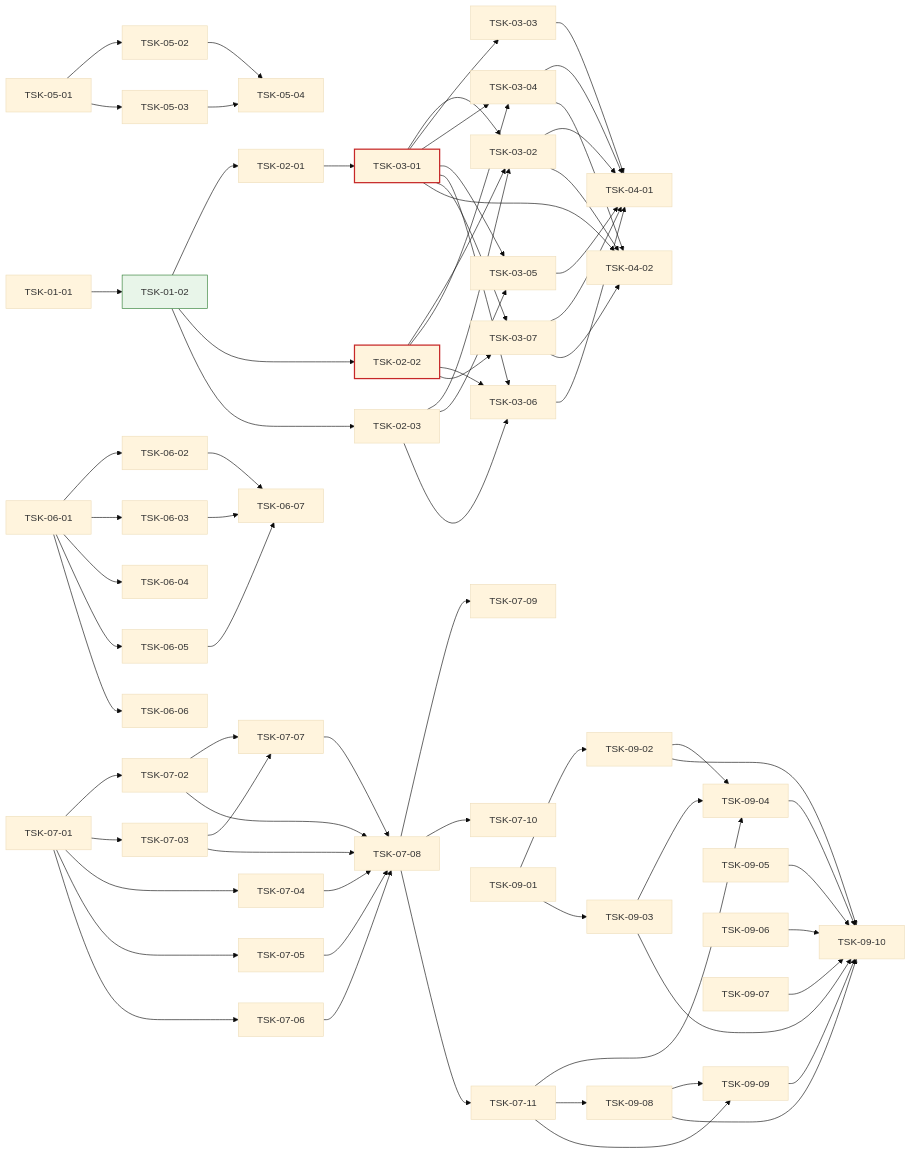
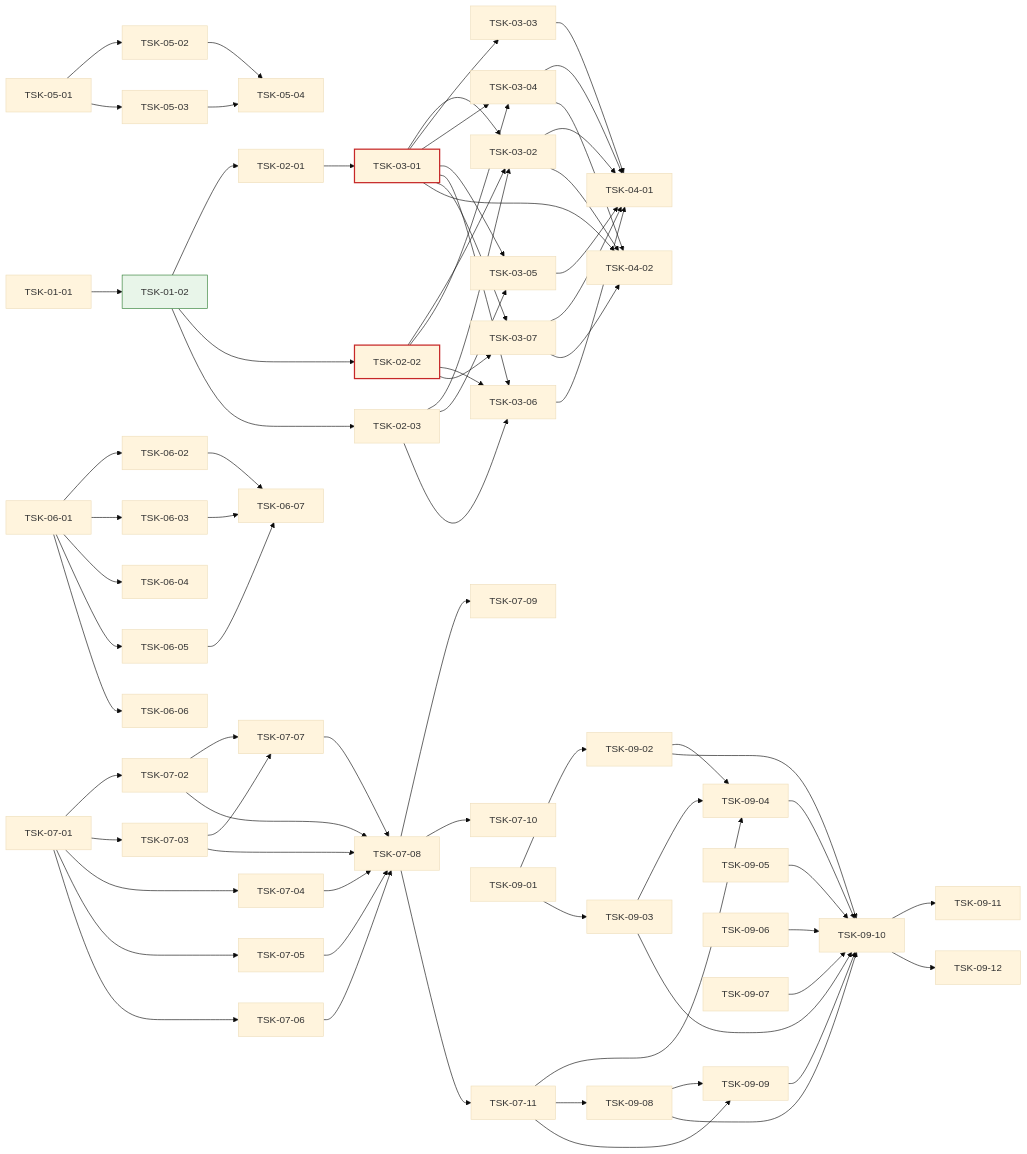
One commit to jongik-sv/oranda changed the diagram in docs/oranda1/wbs.md. Above: the diagram before and after it, drawn with Mermaid (base theme). The commit also changed other lines of this file and 6 other files, not shown here.

````diff
--- a/docs/oranda1/wbs.md
+++ b/docs/oranda1/wbs.md
@@ -738,78 +762,80 @@
 ```mermaid
 graph LR
   TSK-01-01 --> TSK-01-02
   TSK-01-02 --> TSK-02-01
   TSK-01-02 --> TSK-02-02
   TSK-01-02 --> TSK-02-03
   TSK-02-01 --> TSK-03-01
   TSK-03-01 --> TSK-03-02
   TSK-02-02 --> TSK-03-02
   TSK-02-03 --> TSK-03-02
   TSK-03-01 --> TSK-03-03
   TSK-03-01 --> TSK-03-04
   TSK-02-02 --> TSK-03-04
   TSK-03-01 --> TSK-03-05
   TSK-02-03 --> TSK-03-05
   TSK-03-01 --> TSK-03-06
   TSK-02-02 --> TSK-03-06
   TSK-02-03 --> TSK-03-06
   TSK-03-01 --> TSK-03-07
   TSK-02-02 --> TSK-03-07
   TSK-03-02 --> TSK-04-01
   TSK-03-03 --> TSK-04-01
   TSK-03-04 --> TSK-04-01
   TSK-03-05 --> TSK-04-01
   TSK-03-06 --> TSK-04-01
   TSK-03-07 --> TSK-04-01
   TSK-03-01 --> TSK-04-02
   TSK-03-02 --> TSK-04-02
   TSK-03-04 --> TSK-04-02
   TSK-03-07 --> TSK-04-02
   TSK-05-01 --> TSK-05-02
   TSK-05-01 --> TSK-05-03
   TSK-05-02 --> TSK-05-04
   TSK-05-03 --> TSK-05-04
   TSK-06-01 --> TSK-06-02
   TSK-06-01 --> TSK-06-03
   TSK-06-01 --> TSK-06-04
   TSK-06-01 --> TSK-06-05
   TSK-06-01 --> TSK-06-06
   TSK-06-02 --> TSK-06-07
   TSK-06-03 --> TSK-06-07
   TSK-06-05 --> TSK-06-07
   TSK-07-01 --> TSK-07-02
   TSK-07-01 --> TSK-07-03
   TSK-07-01 --> TSK-07-04
   TSK-07-01 --> TSK-07-05
   TSK-07-01 --> TSK-07-06
   TSK-07-02 --> TSK-07-07
   TSK-07-03 --> TSK-07-07
   TSK-07-02 --> TSK-07-08
   TSK-07-03 --> TSK-07-08
   TSK-07-04 --> TSK-07-08
   TSK-07-05 --> TSK-07-08
   TSK-07-06 --> TSK-07-08
   TSK-07-07 --> TSK-07-08
   TSK-07-08 --> TSK-07-09
   TSK-07-08 --> TSK-07-10
   TSK-07-08 --> TSK-07-11
   TSK-09-01 --> TSK-09-02
   TSK-09-01 --> TSK-09-03
   TSK-09-02 --> TSK-09-04
   TSK-09-03 --> TSK-09-04
   TSK-07-11 --> TSK-09-04
   TSK-07-11 --> TSK-09-08
   TSK-07-11 --> TSK-09-09
   TSK-09-08 --> TSK-09-09
   TSK-09-02 --> TSK-09-10
   TSK-09-03 --> TSK-09-10
   TSK-09-04 --> TSK-09-10
   TSK-09-05 --> TSK-09-10
   TSK-09-06 --> TSK-09-10
   TSK-09-07 --> TSK-09-10
   TSK-09-08 --> TSK-09-10
   TSK-09-09 --> TSK-09-10
+  TSK-09-10 --> TSK-09-11
+  TSK-09-10 --> TSK-09-12
   style TSK-01-02 fill:#e8f5e9,stroke:#2e7d32
   style TSK-03-01 stroke:#c62828,stroke-width:2px
   style TSK-02-02 stroke:#c62828,stroke-width:2px
 ```
````
